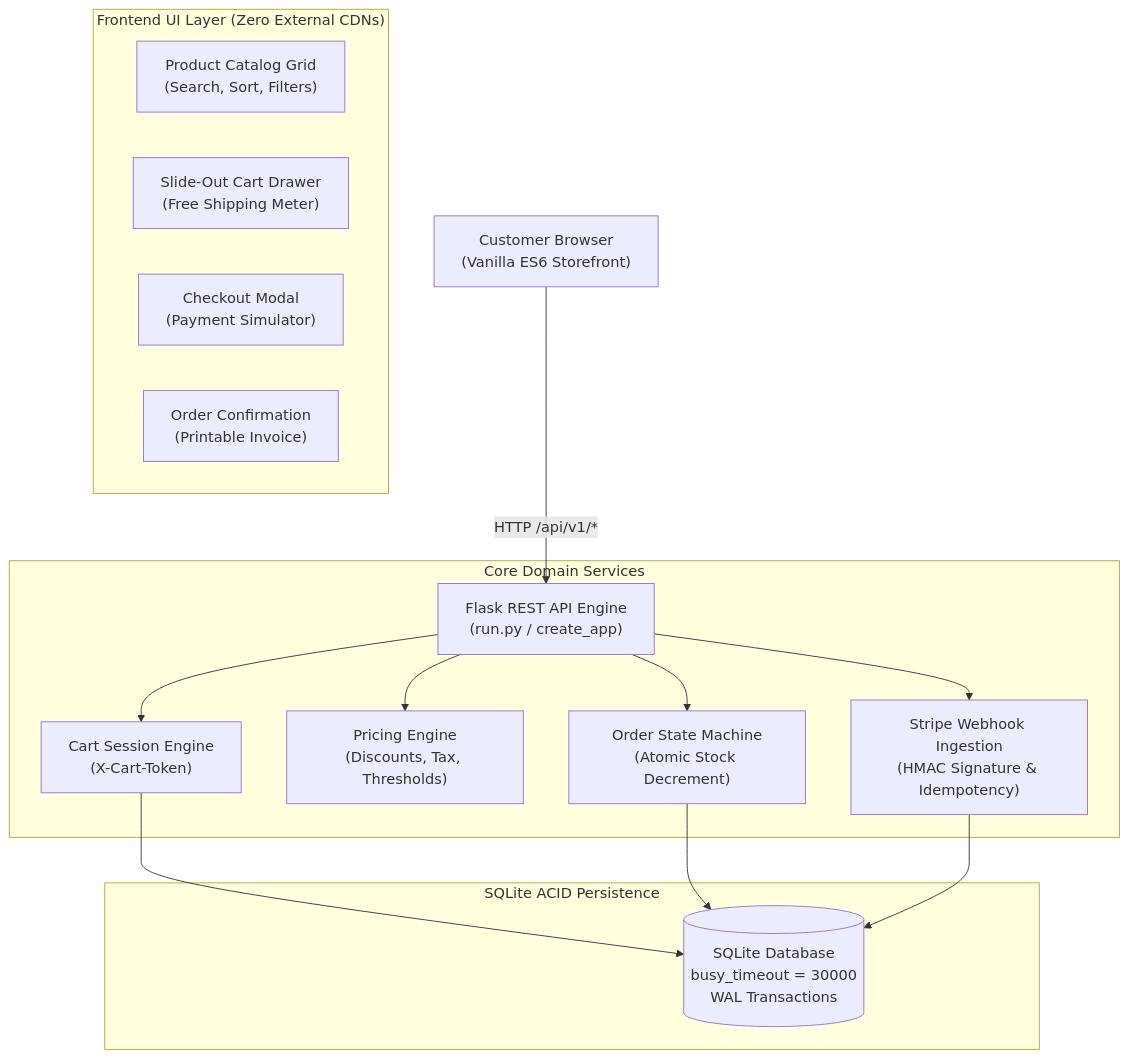
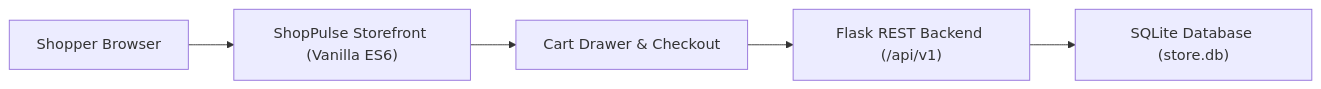
Before and after one commit to pak-pow/PROJECT52: the diagram in Documentation/Phase3/week39_ecommerce/Dev log Day 7 - Final Review & System Handover.md, drawn with Mermaid. The commit also changed other lines of this file, not shown here.

````diff
--- a/Documentation/Phase3/week39_ecommerce/Dev log Day 7 - Final Review & System Handover.md
+++ b/Documentation/Phase3/week39_ecommerce/Dev log Day 7 - Final Review & System Handover.md
@@ -35,24 +28,7 @@
 ```mermaid
-graph TD
-    User["Customer Browser<br/>(Vanilla ES6 Storefront)"] -->|HTTP /api/v1/*| API["Flask REST API Engine<br/>(run.py / create_app)"]
-
-    subgraph StorefrontComponents["Frontend UI Layer (Zero External CDNs)"]
-        Grid["Product Catalog Grid<br/>(Search, Sort, Filters)"]
-        Drawer["Slide-Out Cart Drawer<br/>(Free Shipping Meter)"]
-        Modal["Checkout Modal<br/>(Payment Simulator)"]
-        Invoice["Order Confirmation<br/>(Printable Invoice)"]
-    end
-
-    subgraph BackendCore["Core Domain Services"]
-        API --> CartService["Cart Session Engine<br/>(X-Cart-Token)"]
-        API --> PricingEngine["Pricing Engine<br/>(Discounts, Tax, Thresholds)"]
-        API --> OrderEngine["Order State Machine<br/>(Atomic Stock Decrement)"]
-        API --> WebhookHandler["Stripe Webhook Ingestion<br/>(HMAC Signature & Idempotency)"]
-    end
-
-    subgraph RelationalDB["SQLite ACID Persistence"]
-        CartService --> DB[("SQLite Database<br/>busy_timeout = 30000<br/>WAL Transactions")]
-        OrderEngine --> DB
-        WebhookHandler --> DB
-    end
+graph LR
+    Shopper["Shopper Browser"] --> Storefront["ShopPulse Storefront (Vanilla ES6)"]
+    Storefront --> Cart["Cart Drawer & Checkout"]
+    Cart --> API["Flask REST Backend (/api/v1)"]
+    API --> DB["SQLite Database (store.db)"]
 ```
````
